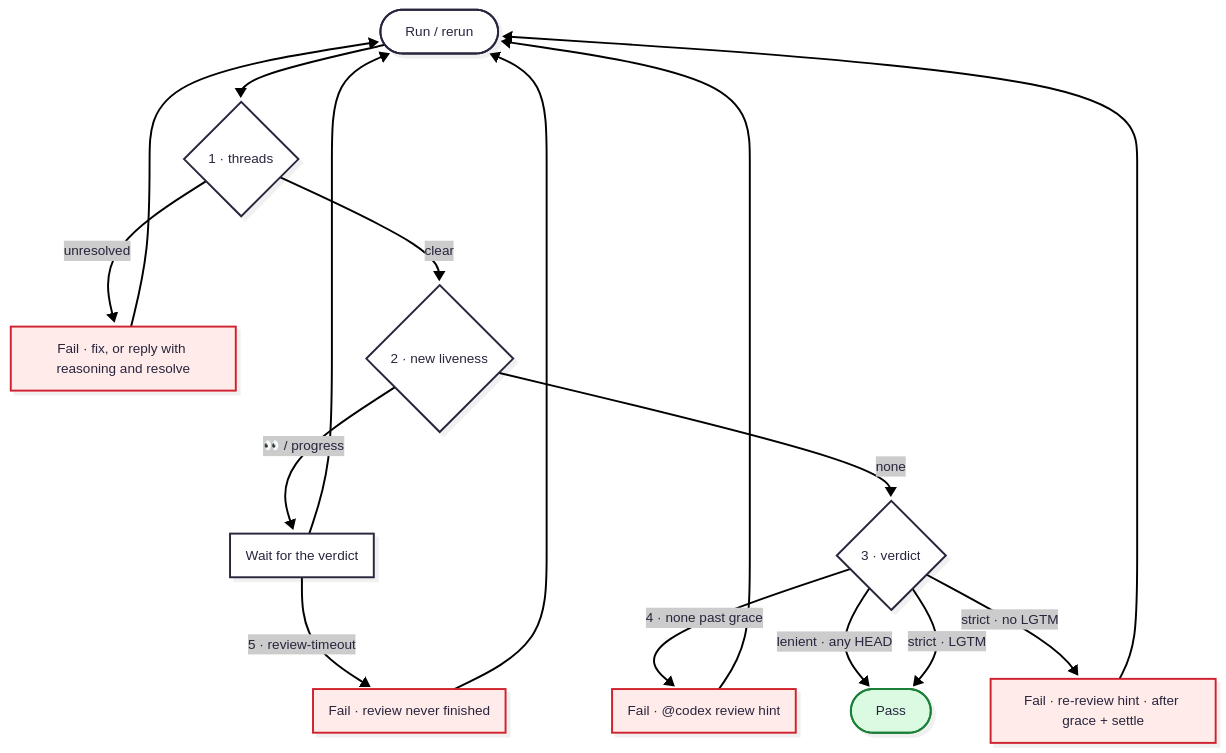
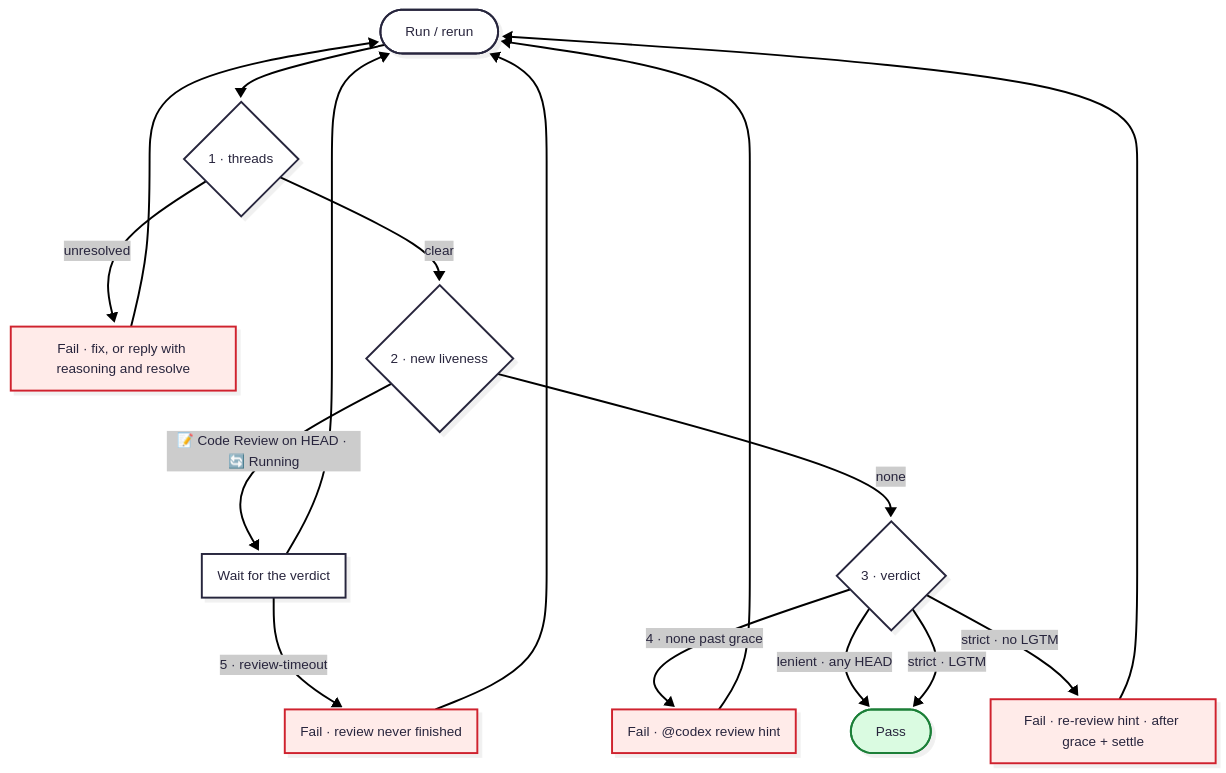
Before and after one commit to kkkiio/codex-review-check: the diagram in README.md, drawn with Mermaid. The commit also changed other lines of this file and 14 other files, not shown here.

````diff
--- a/README.md
+++ b/README.md
@@ -36,27 +36,27 @@
 ```mermaid
 ---
 config:
   look: neo
   theme: redux
 ---
 flowchart TB
     A([Run / rerun]) --> B{1 · threads}
     B -- unresolved --> C[Fail · fix, or reply with reasoning and resolve]
     C --> A
     B -- clear --> D{2 · new liveness}
-    D -- "👀 / progress" --> E[Wait for the verdict]
+    D -- "📝 Code Review on HEAD · 🔄 Running" --> E[Wait for the verdict]
     E --> A
     E -- "5 · review-timeout" --> J[Fail · review never finished]
     J --> A
     D -- none --> F{3 · verdict}
     F -- "4 · none past grace" --> G[Fail · @codex review hint]
     G --> A
     F -- "lenient · any HEAD" --> H([Pass])
     F -- "strict · LGTM" --> H
     F -- "strict · no LGTM" --> I[Fail · re-review hint · after grace + settle]
     I --> A
     classDef pass fill:#dafbe1,stroke:#1a7f37
     classDef fail fill:#ffebe9,stroke:#cf222e
     class H pass
     class C,G,I,J fail
 ```
````
